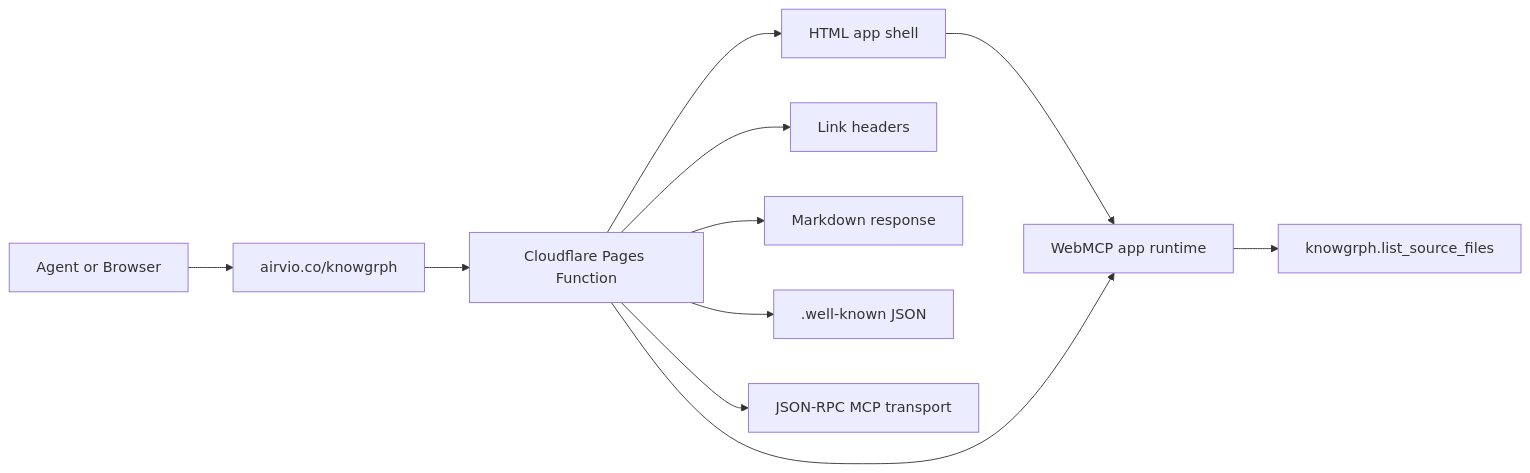
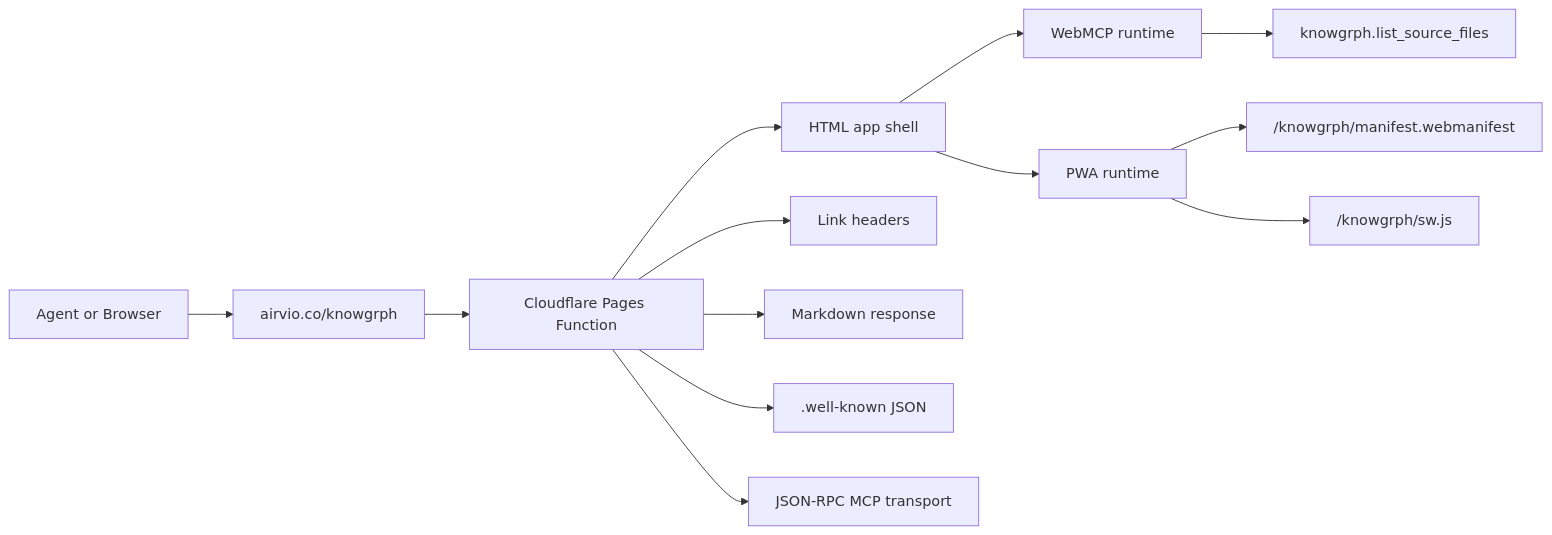
One commit to huijoohwee/knowgrph changed the diagram in docs/documents/knowgrph-agent-ready-prd-tad-proposed.md. Above: the diagram before and after it, drawn with Mermaid. The commit also changed other lines of this file and 15 other files, not shown here.

````diff
--- a/docs/documents/knowgrph-agent-ready-prd-tad-proposed.md
+++ b/docs/documents/knowgrph-agent-ready-prd-tad-proposed.md
@@ -151,13 +173,15 @@
 ```mermaid
 flowchart LR
   A["Agent or Browser"] --> B["airvio.co/knowgrph"]
   B --> C["Cloudflare Pages Function"]
   C --> D["HTML app shell"]
   C --> E["Link headers"]
   C --> F["Markdown response"]
   C --> G[".well-known JSON"]
   C --> H["JSON-RPC MCP transport"]
-  D --> I["WebMCP app runtime"]
-  C --> I
-  I --> J["knowgrph.list_source_files"]
+  D --> I["WebMCP runtime"]
+  D --> J["PWA runtime"]
+  I --> K["knowgrph.list_source_files"]
+  J --> L["/knowgrph/manifest.webmanifest"]
+  J --> M["/knowgrph/sw.js"]
 ```
````
